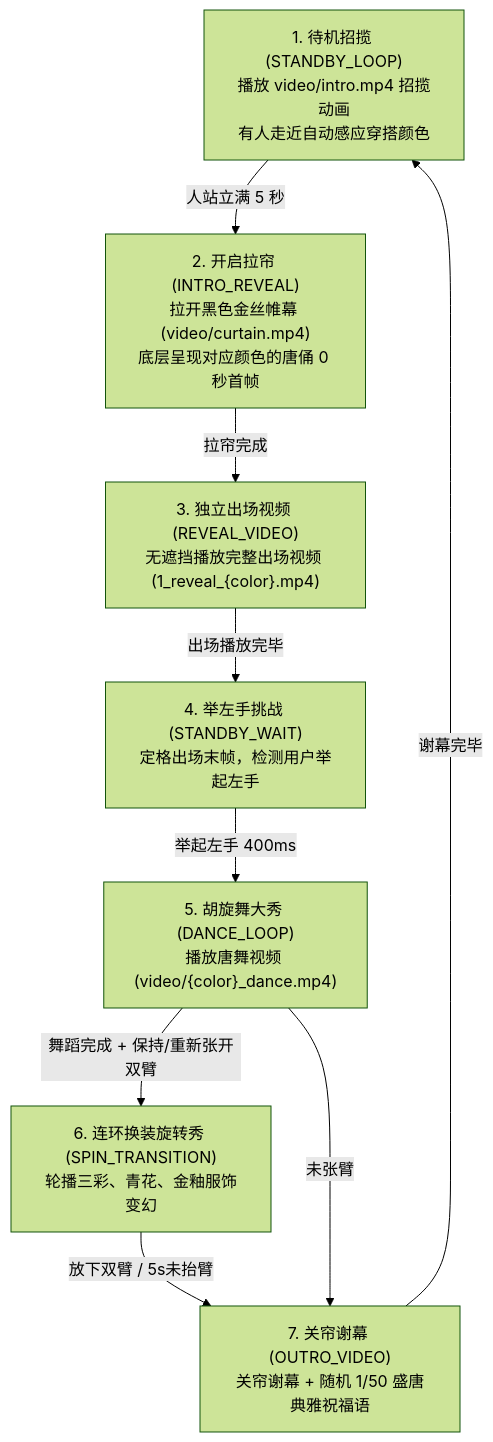
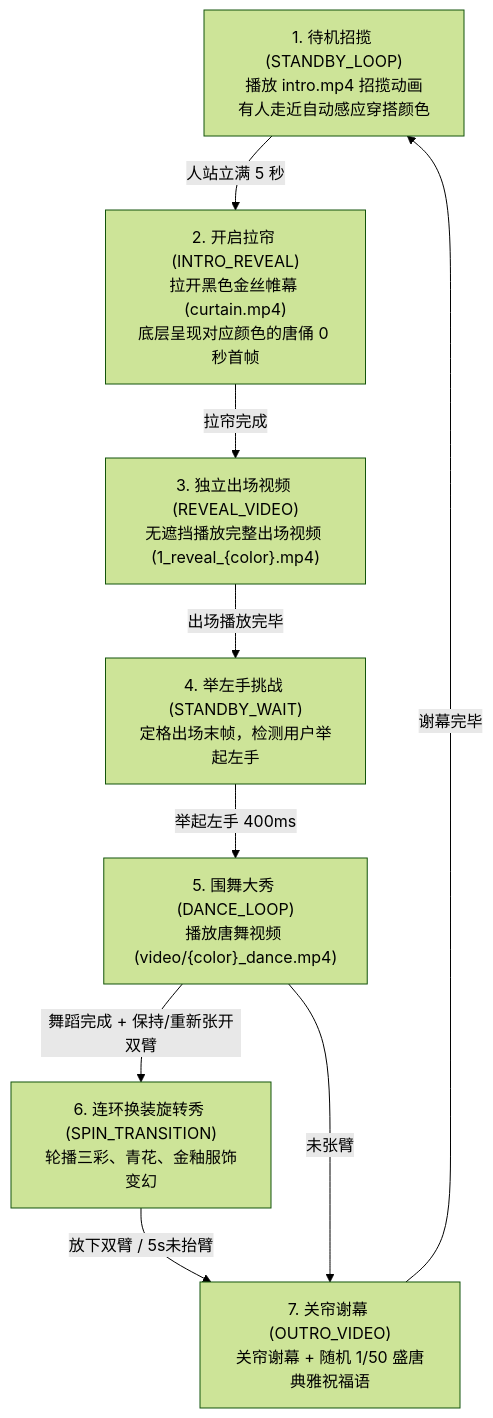
One commit to doraemon-ai-bot/tangsancai-demo changed the diagram in README.md. Above: the diagram before and after it, drawn with Mermaid (forest theme). The commit also changed other lines of this file and 78 other files, not shown here.

````diff
--- a/README.md
+++ b/README.md
@@ -11,12 +46,12 @@
 ```mermaid
 graph TD
-    A["1. 待机招揽 (STANDBY_LOOP)<br/>播放 video/intro.mp4 招揽动画<br/>有人走近自动感应穿搭颜色"] 
-    -->|人站立满 5 秒| B["2. 开启拉帘 (INTRO_REVEAL)<br/>拉开黑色金丝帷幕 (video/curtain.mp4)<br/>底层呈现对应颜色的唐俑 0 秒首帧"]
+    A["1. 待机招揽 (STANDBY_LOOP)<br/>播放 intro.mp4 招揽动画<br/>有人走近自动感应穿搭颜色"] 
+    -->|人站立满 5 秒| B["2. 开启拉帘 (INTRO_REVEAL)<br/>拉开黑色金丝帷幕 (curtain.mp4)<br/>底层呈现对应颜色的唐俑 0 秒首帧"]
     B -->|拉帘完成| C["3. 独立出场视频 (REVEAL_VIDEO)<br/>无遮挡播放完整出场视频 (1_reveal_{color}.mp4)"]
     C -->|出场播放完毕| D["4. 举左手挑战 (STANDBY_WAIT)<br/>定格出场末帧，检测用户举起左手"]
-    D -->|举起左手 400ms| E["5. 胡旋舞大秀 (DANCE_LOOP)<br/>播放唐舞视频 (video/{color}_dance.mp4)"]
+    D -->|举起左手 400ms| E["5. 围舞大秀 (DANCE_LOOP)<br/>播放唐舞视频 (video/{color}_dance.mp4)"]
     E -->|舞蹈完成 + 保持/重新张开双臂| F["6. 连环换装旋转秀 (SPIN_TRANSITION)<br/>轮播三彩、青花、金釉服饰变幻"]
     F -->|放下双臂 / 5s未抬臂| G["7. 关帘谢幕 (OUTRO_VIDEO)<br/>关帘谢幕 + 随机 1/50 盛唐典雅祝福语"]
     E -->|未张臂| G
     G -->|谢幕完毕| A
 ```
````
